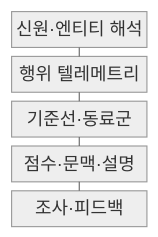
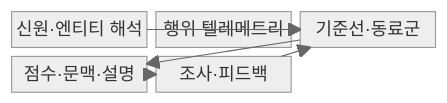
Before and after one commit to agnusdei1207/knowledge-base: the first of 2 diagrams in src/content/docs/notes/05-security/038_ueba.md, drawn with Mermaid (neutral theme). The commit also changed other lines of this file and 20 other files, not shown here.

````diff
--- a/src/content/docs/notes/05-security/038_ueba.md
+++ b/src/content/docs/notes/05-security/038_ueba.md
@@ -53,13 +53,14 @@
 ```mermaid
-block-beta
-  columns 1
+block
+  columns 3
   A["신원·엔티티 해석"]
   B["행위 텔레메트리"]
   C["기준선·동료군"]
   D["점수·문맥·설명"]
   E["조사·피드백"]
-  A --- B
-  B --- C
-  C --- D
-  D --- E
+  A --> C
+  B --> C
+  C --> D
+  D --> E
+  E --> C
 ```
````
